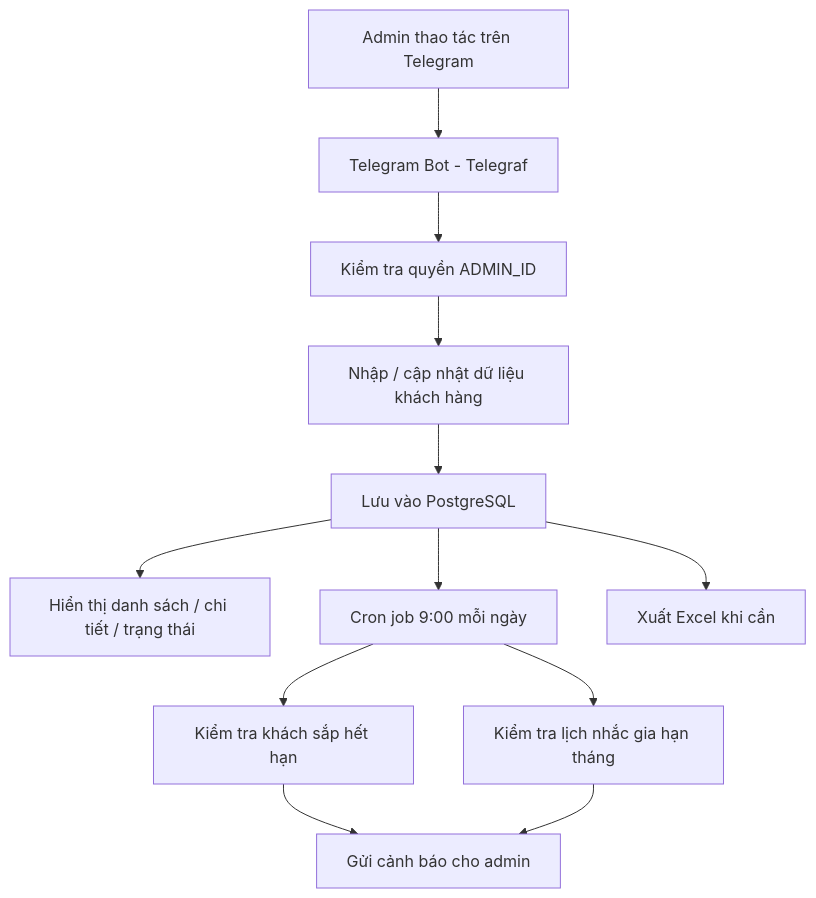
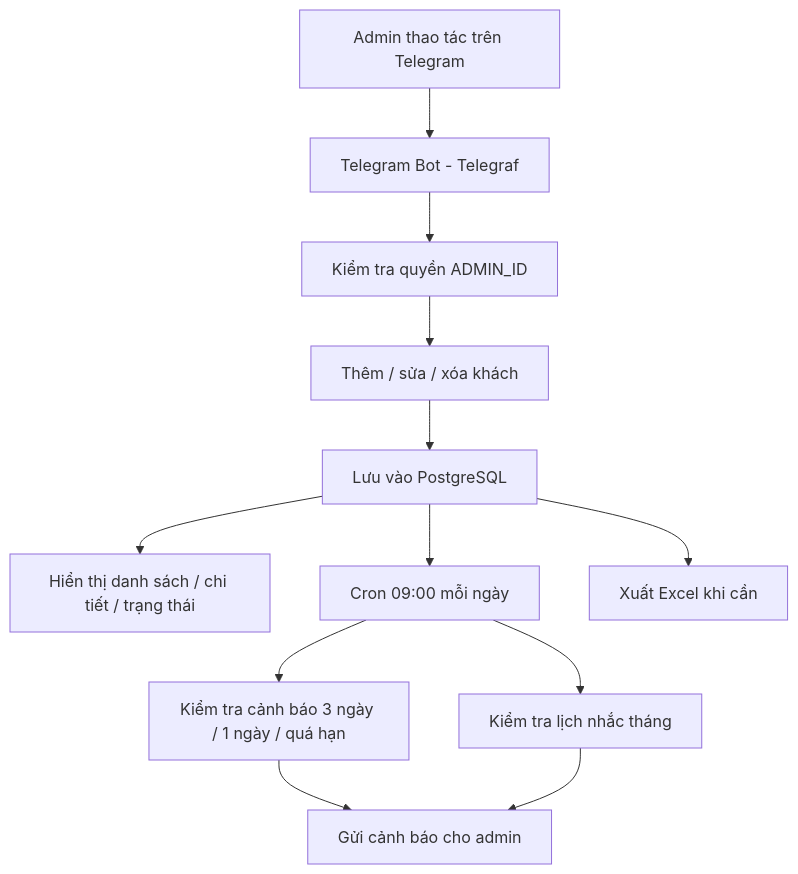
The diagram in README.md (bingenz/telegram-premium-manager-bot), drawn with Mermaid before and after one commit. The commit also changed other lines of this file, not shown here.

````diff
--- a/README.md
+++ b/README.md
@@ -66,17 +70,17 @@
 ```mermaid
 flowchart TD
     A[Admin thao tác trên Telegram] --> B[Telegram Bot - Telegraf]
     B --> C[Kiểm tra quyền ADMIN_ID]
-    C --> D[Nhập / cập nhật dữ liệu khách hàng]
+    C --> D[Thêm / sửa / xóa khách]
     D --> E[Lưu vào PostgreSQL]
     E --> F[Hiển thị danh sách / chi tiết / trạng thái]
 
-    E --> G[Cron job 9:00 mỗi ngày]
-    G --> H[Kiểm tra khách sắp hết hạn]
-    G --> I[Kiểm tra lịch nhắc gia hạn tháng]
+    E --> G[Cron 09:00 mỗi ngày]
+    G --> H[Kiểm tra cảnh báo 3 ngày / 1 ngày / quá hạn]
+    G --> I[Kiểm tra lịch nhắc tháng]
 
     H --> J[Gửi cảnh báo cho admin]
     I --> J
 
     E --> K[Xuất Excel khi cần]
 ```
````
